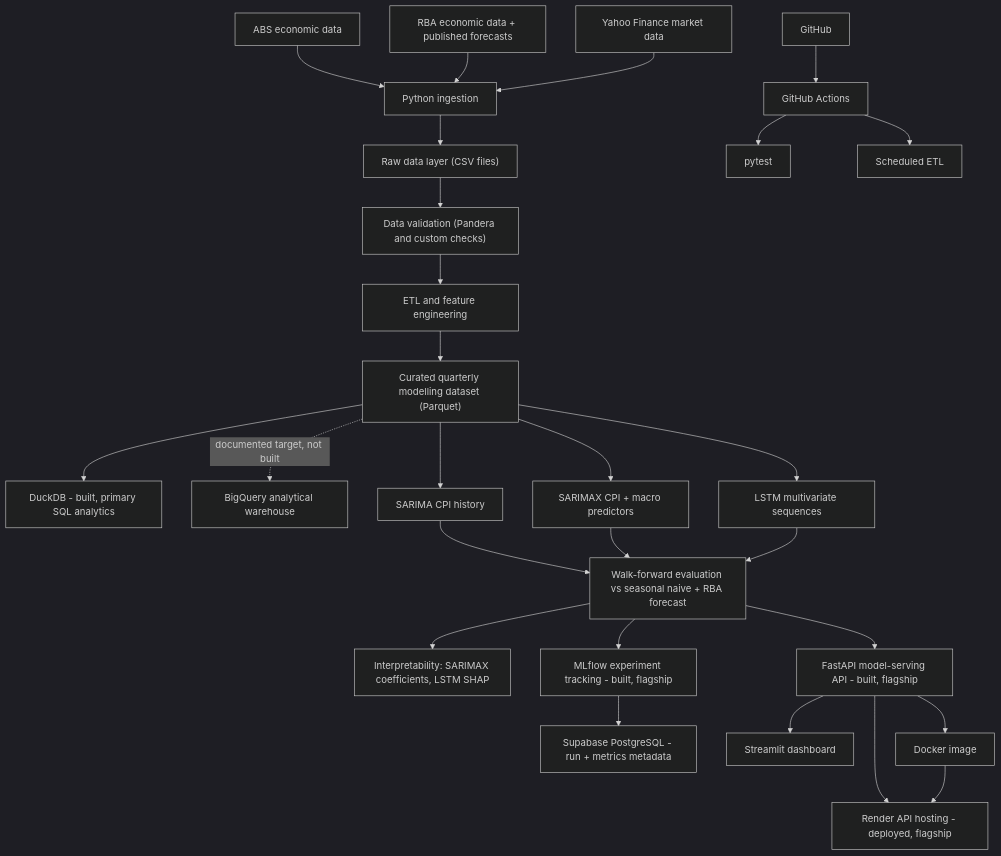
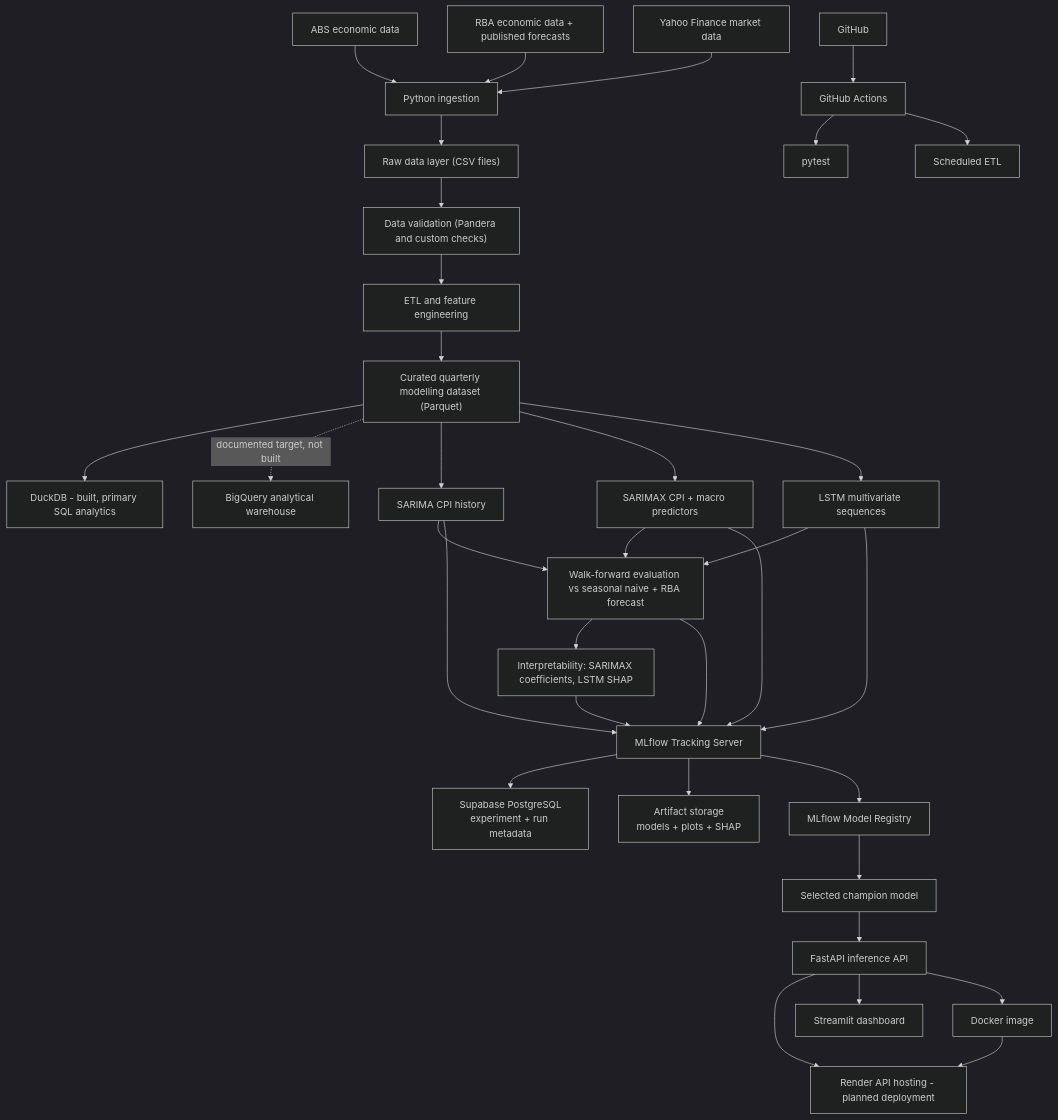
The diagram in PROJECT_ARCHITECTURE.md (JuanVu1810/Australian-CPI-Forecast), drawn with Mermaid (dark theme) before and after one commit. The commit also changed other lines of this file and 1 other file, not shown here.

Commit message:
Update the MLflow approach

````diff
--- a/PROJECT_ARCHITECTURE.md
+++ b/PROJECT_ARCHITECTURE.md
@@ -202,34 +207,41 @@
 ```mermaid
 flowchart TD
     ABS["ABS economic data"] --> INGEST["Python ingestion"]
     RBA["RBA economic data + published forecasts"] --> INGEST
     YF["Yahoo Finance market data"] --> INGEST
 
     INGEST --> RAW["Raw data layer (CSV files)"]
     RAW --> VALIDATE["Data validation (Pandera and custom checks)"]
     VALIDATE --> ETL["ETL and feature engineering"]
     ETL --> CURATED["Curated quarterly modelling dataset (Parquet)"]
 
     CURATED --> DUCKDB["DuckDB - built, primary SQL analytics"]
     CURATED -. "documented target, not built" .-> BQ["BigQuery analytical warehouse"]
 
     CURATED --> SARIMA["SARIMA CPI history"]
     CURATED --> SARIMAX["SARIMAX CPI + macro predictors"]
     CURATED --> LSTM["LSTM multivariate sequences"]
     SARIMA --> EVAL["Walk-forward evaluation vs seasonal naive + RBA forecast"]
     SARIMAX --> EVAL
     LSTM --> EVAL
     EVAL --> INTERP["Interpretability: SARIMAX coefficients, LSTM SHAP"]
 
-    EVAL --> MLFLOW["MLflow experiment tracking - built, flagship"]
-    MLFLOW --> POSTGRES["Supabase PostgreSQL - run + metrics metadata"]
-    EVAL --> API["FastAPI model-serving API - built, flagship"]
-    API --> RENDER["Render API hosting - deployed, flagship"]
+    SARIMA --> MLFLOW["MLflow Tracking Server"]
+    SARIMAX --> MLFLOW
+    LSTM --> MLFLOW
+    EVAL --> MLFLOW
+    INTERP --> MLFLOW
+    MLFLOW --> POSTGRES["Supabase PostgreSQL<br/>experiment + run metadata"]
+    MLFLOW --> ARTIFACTS["Artifact storage<br/>models + plots + SHAP"]
+    MLFLOW --> REGISTRY["MLflow Model Registry"]
+    REGISTRY --> CHAMPION["Selected champion model"]
+    CHAMPION --> API["FastAPI inference API"]
+    API --> RENDER["Render API hosting - planned deployment"]
     API --> STREAMLIT["Streamlit dashboard"]
 
     GITHUB["GitHub"] --> ACTIONS["GitHub Actions"]
     ACTIONS --> TESTS["pytest"]
     ACTIONS --> SCHEDULE["Scheduled ETL"]
     API --> DOCKER["Docker image"]
     DOCKER --> RENDER
 ```
````
